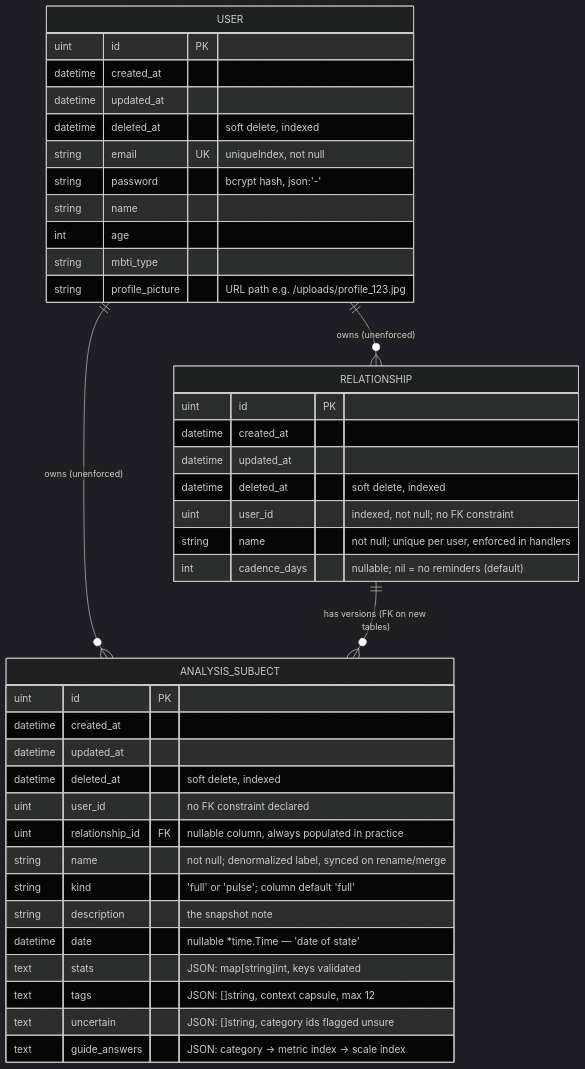
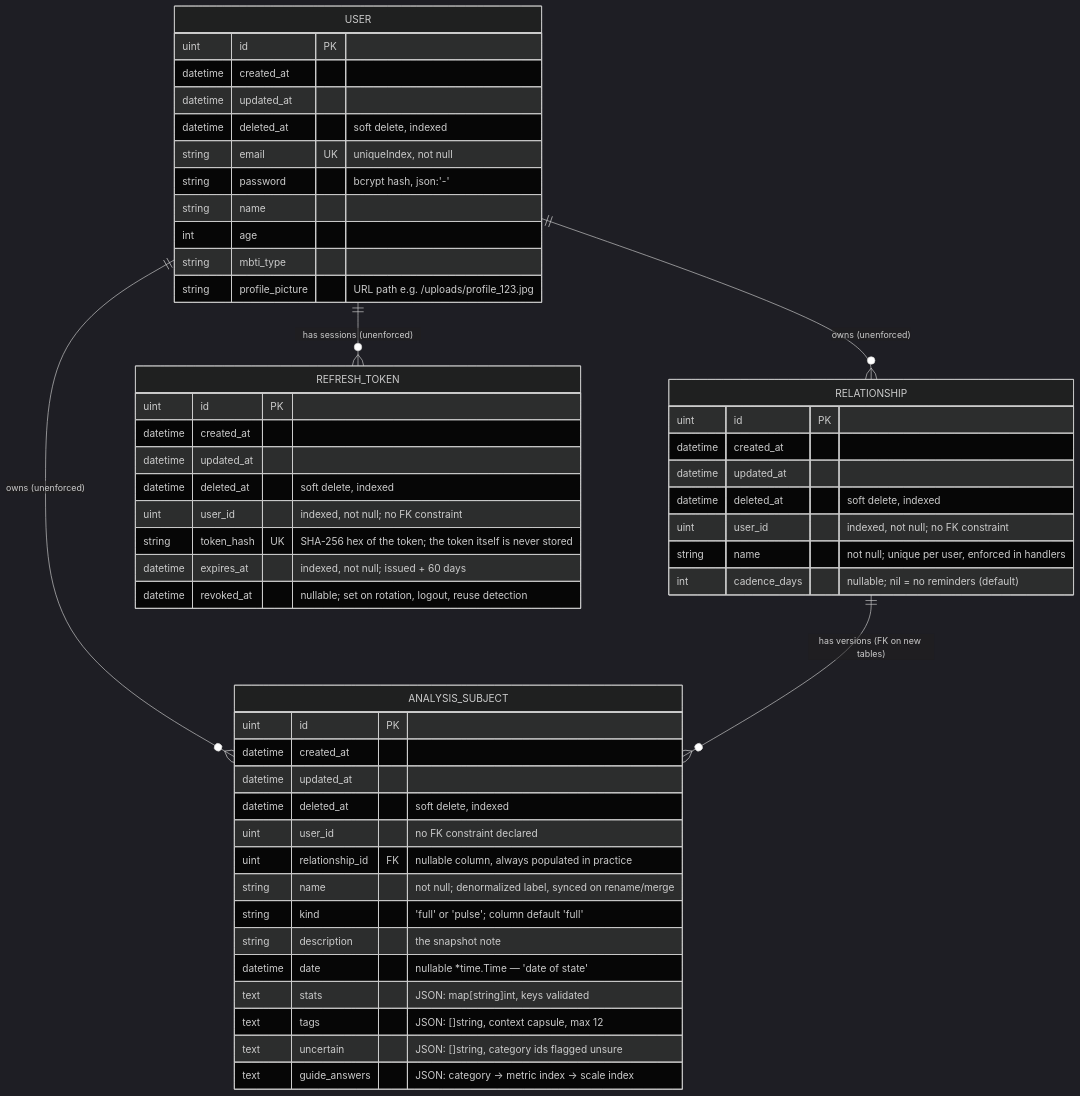
One commit to SirGrandmasterr/AlexithymiaLoveQuantifier changed the diagram in docs/03-data-model.md. Above: the diagram before and after it, drawn with Mermaid (dark theme). The commit also changed other lines of this file and 35 other files, not shown here.

````diff
--- a/docs/03-data-model.md
+++ b/docs/03-data-model.md
@@ -10,46 +10,58 @@
 ```mermaid
 erDiagram
     USER ||--o{ RELATIONSHIP : "owns (unenforced)"
     USER ||--o{ ANALYSIS_SUBJECT : "owns (unenforced)"
+    USER ||--o{ REFRESH_TOKEN : "has sessions (unenforced)"
     RELATIONSHIP ||--o{ ANALYSIS_SUBJECT : "has versions (FK on new tables)"
 
     RELATIONSHIP {
         uint id PK
         datetime created_at
         datetime updated_at
         datetime deleted_at "soft delete, indexed"
         uint user_id "indexed, not null; no FK constraint"
         string name "not null; unique per user, enforced in handlers"
         int cadence_days "nullable; nil = no reminders (default)"
     }
 
     USER {
         uint id PK
         datetime created_at
         datetime updated_at
         datetime deleted_at "soft delete, indexed"
         string email UK "uniqueIndex, not null"
         string password "bcrypt hash, json:'-'"
         string name
         int age
         string mbti_type
         string profile_picture "URL path e.g. /uploads/profile_123.jpg"
     }
 
+    REFRESH_TOKEN {
+        uint id PK
+        datetime created_at
+        datetime updated_at
+        datetime deleted_at "soft delete, indexed"
+        uint user_id "indexed, not null; no FK constraint"
+        string token_hash UK "SHA-256 hex of the token; the token itself is never stored"
+        datetime expires_at "indexed, not null; issued + 60 days"
+        datetime revoked_at "nullable; set on rotation, logout, reuse detection"
+    }
+
     ANALYSIS_SUBJECT {
         uint id PK
         datetime created_at
         datetime updated_at
         datetime deleted_at "soft delete, indexed"
         uint user_id "no FK constraint declared"
         uint relationship_id FK "nullable column, always populated in practice"
         string name "not null; denormalized label, synced on rename/merge"
         string kind "'full' or 'pulse'; column default 'full'"
         string description "the snapshot note"
         datetime date "nullable *time.Time — 'date of state'"
         text stats "JSON: map[string]int, keys validated"
         text tags "JSON: []string, context capsule, max 12"
         text uncertain "JSON: []string, category ids flagged unsure"
         text guide_answers "JSON: category -> metric index -> scale index"
     }
 ```
````
